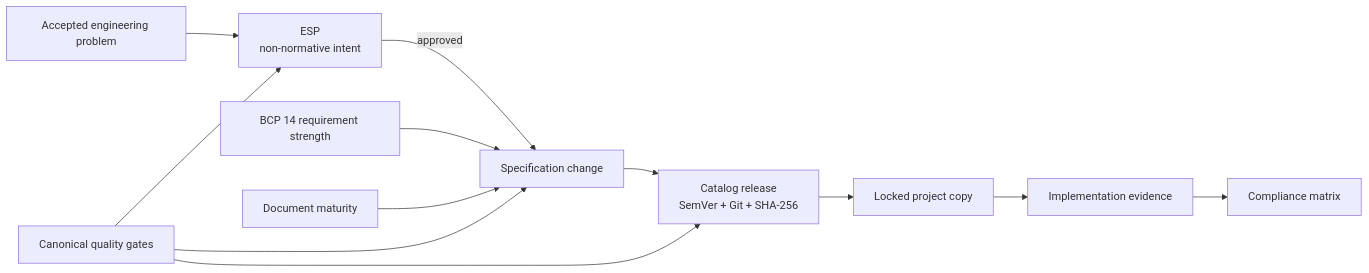
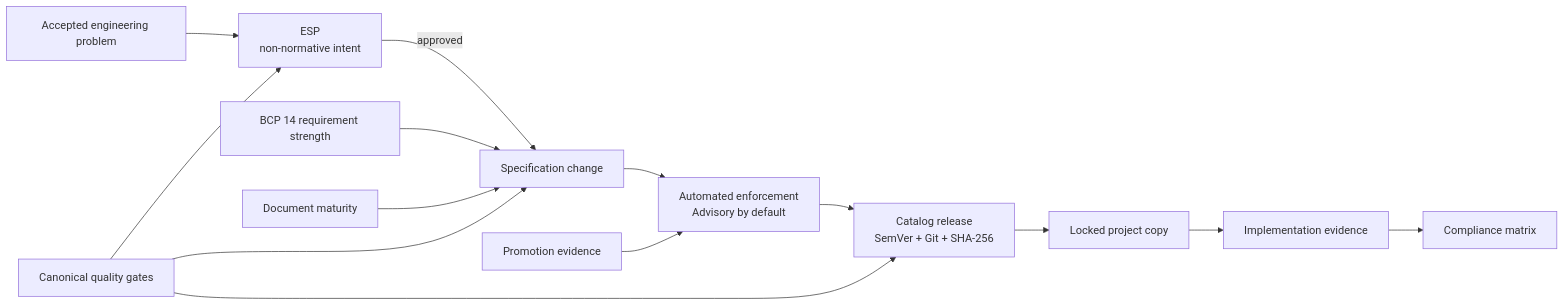
Before and after one commit to XiaoWeiKIN/EngineeringSpecifications: the diagram in governance/README.md, drawn with Mermaid. The commit also changed other lines of this file and 31 other files, not shown here.

Commit message:
feat: release Catalog v1.6.0

````diff
--- a/governance/README.md
+++ b/governance/README.md
@@ -25,15 +27,17 @@
 ```mermaid
 flowchart LR
     Problem["Accepted engineering problem"] --> Proposal["ESP<br/>non-normative intent"]
     Proposal -->|"approved"| Integration["Specification change"]
-    Integration --> Release["Catalog release<br/>SemVer + Git + SHA-256"]
+    Integration --> Enforcement["Automated enforcement<br/>Advisory by default"]
+    Enforcement --> Release["Catalog release<br/>SemVer + Git + SHA-256"]
     Release --> Consumer["Locked project copy"]
     Consumer --> Evidence["Implementation evidence"]
     Evidence --> Matrix["Compliance matrix"]
 
     Language["BCP 14 requirement strength"] --> Integration
     Maturity["Document maturity"] --> Integration
+    Observation["Promotion evidence"] --> Enforcement
     Quality["Canonical quality gates"] --> Proposal
     Quality --> Integration
     Quality --> Release
 ```
````
